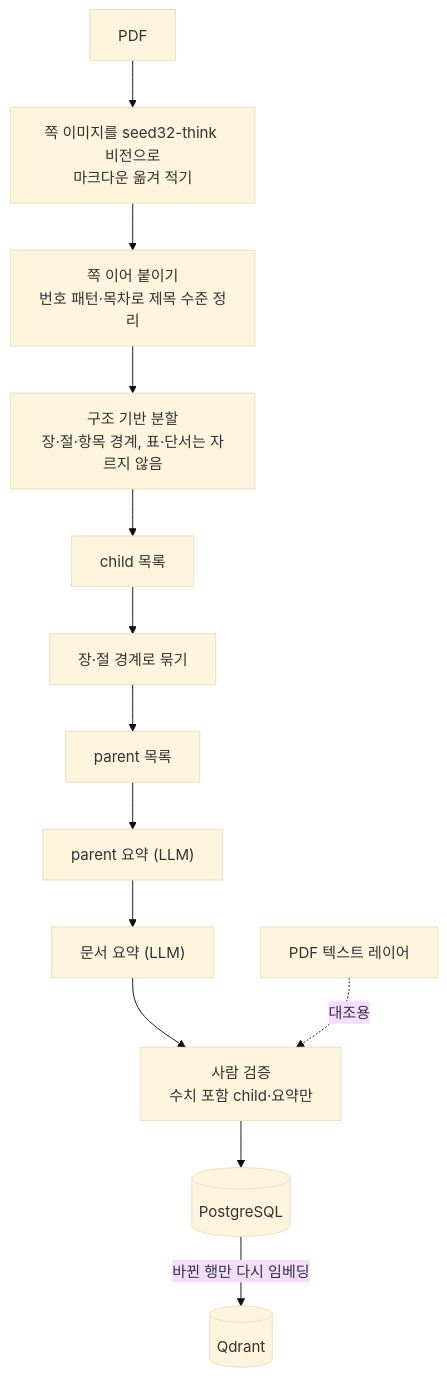
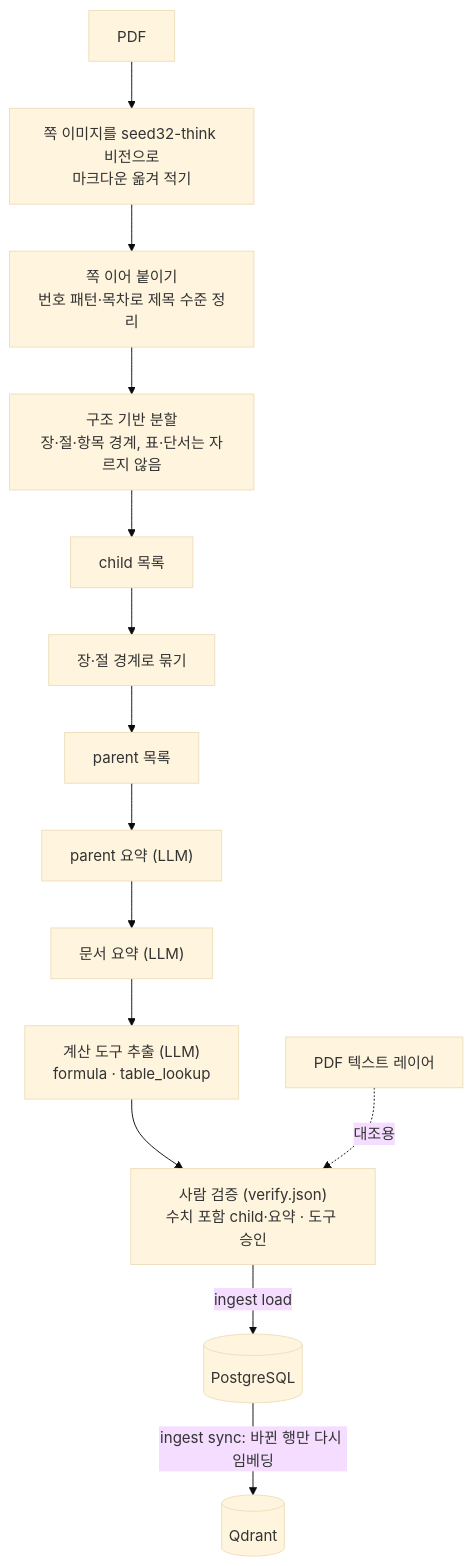
One commit to bbangwon/kicox_poc changed the third of 6 diagrams in docs/RAG_FLOW_OVERVIEW.md. Above: the diagram before and after it, drawn with Mermaid (base theme). The commit also changed other lines of this file and 9 other files, not shown here.

````diff
--- a/docs/RAG_FLOW_OVERVIEW.md
+++ b/docs/RAG_FLOW_OVERVIEW.md
@@ -83,16 +84,17 @@
 ```mermaid
 flowchart TD
     A["PDF"] --> B["쪽 이미지를 seed32-think 비전으로<br/>마크다운 옮겨 적기"]
     B --> C["쪽 이어 붙이기<br/>번호 패턴·목차로 제목 수준 정리"]
     C --> D["구조 기반 분할<br/>장·절·항목 경계, 표·단서는 자르지 않음"]
     D --> E["child 목록"]
     E --> F["장·절 경계로 묶기"]
     F --> G["parent 목록"]
     G --> H["parent 요약 (LLM)"]
     H --> I["문서 요약 (LLM)"]
-    I --> J["사람 검증<br/>수치 포함 child·요약만"]
-    J --> K[("PostgreSQL")]
-    K -- "바뀐 행만 다시 임베딩" --> L[("Qdrant")]
+    I --> TL["계산 도구 추출 (LLM)<br/>formula · table_lookup"]
+    TL --> J["사람 검증 (verify.json)<br/>수치 포함 child·요약 · 도구 승인"]
+    J -- "ingest load" --> K[("PostgreSQL")]
+    K -- "ingest sync: 바뀐 행만 다시 임베딩" --> L[("Qdrant")]
 
     T["PDF 텍스트 레이어"] -. "대조용" .-> J
 ```
````
